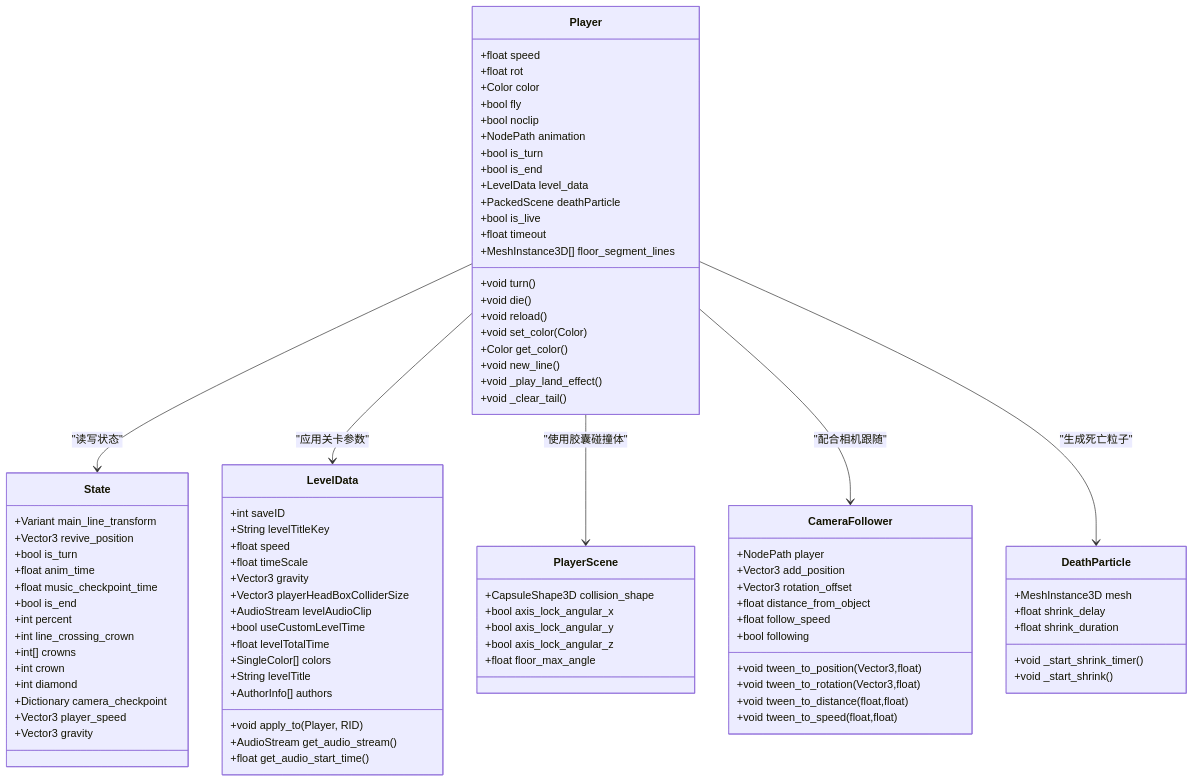
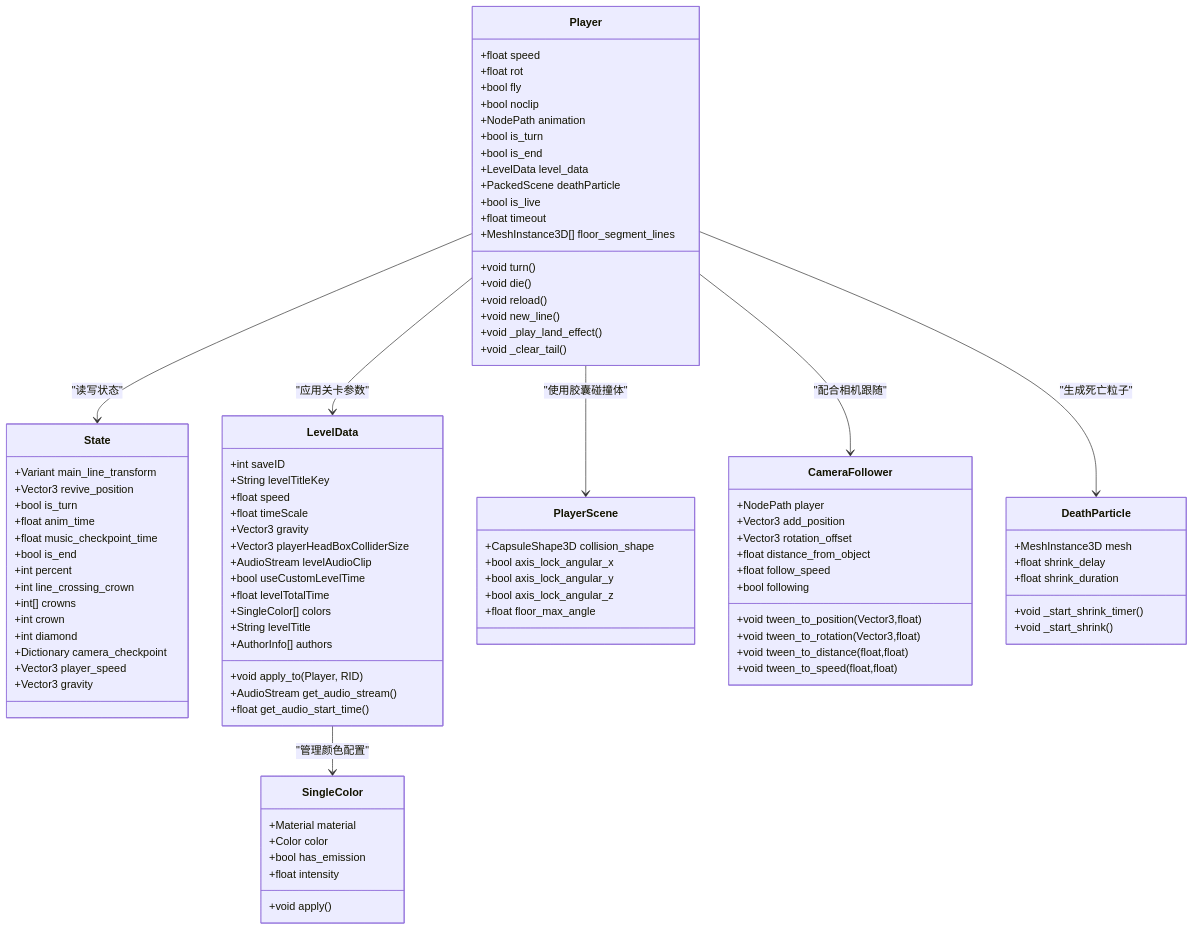
One commit to godotline/godot-line changed the third of 6 diagrams in .qoder/repowiki/zh/content/游戏系统/角色控制系统.md. Above: the diagram before and after it, drawn with Mermaid. The commit also changed other lines of this file and 44 other files, not shown here.

````diff
--- a/.qoder/repowiki/zh/content/游戏系统/角色控制系统.md
+++ b/.qoder/repowiki/zh/content/游戏系统/角色控制系统.md
@@ -165,7 +172,6 @@
 class Player {
 +float speed
 +float rot
-+Color color
 +bool fly
 +bool noclip
 +NodePath animation
@@ -179,8 +185,6 @@
 +void turn()
 +void die()
 +void reload()
-+void set_color(Color)
-+Color get_color()
 +void new_line()
 +void _play_land_effect()
 +void _clear_tail()
@@ -218,6 +222,13 @@
 +AudioStream get_audio_stream()
 +float get_audio_start_time()
 }
+class SingleColor {
++Material material
++Color color
++bool has_emission
++float intensity
++void apply()
+}
 class PlayerScene {
 +CapsuleShape3D collision_shape
 +bool axis_lock_angular_x
@@ -249,4 +260,5 @@
 Player --> PlayerScene : "使用胶囊碰撞体"
 Player --> CameraFollower : "配合相机跟随"
 Player --> DeathParticle : "生成死亡粒子"
+LevelData --> SingleColor : "管理颜色配置"
 ```
````
